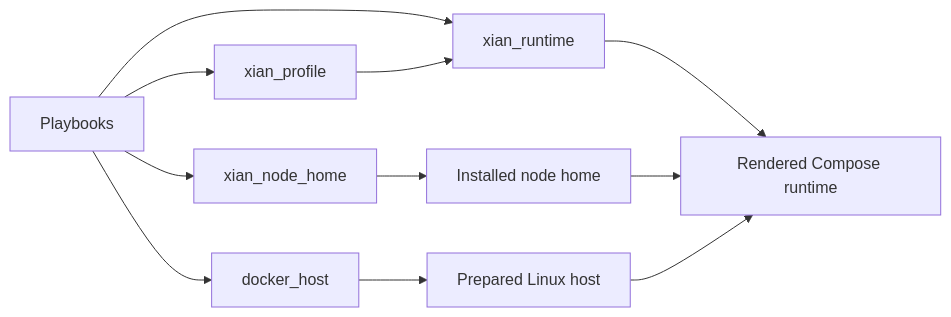
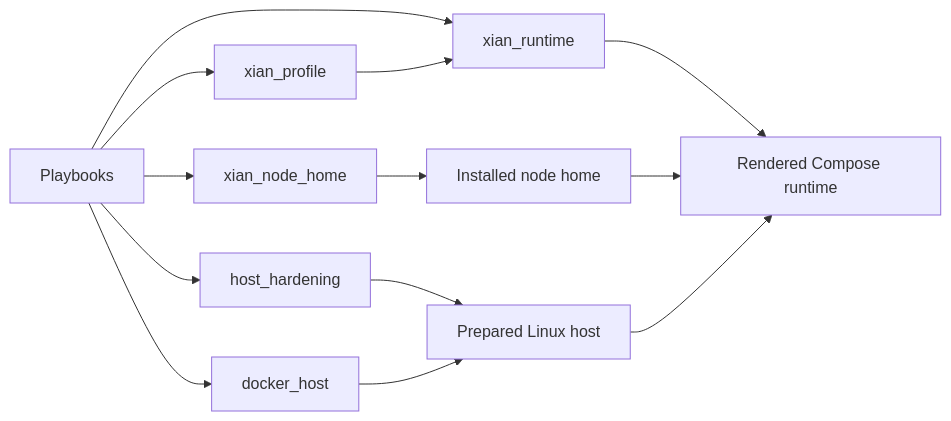
The diagram in roles/README.md (xian-technology/xian-deploy), drawn with Mermaid before and after one commit. The commit also changed other lines of this file and 14 other files, not shown here.

Commit message:
add host hardening role

````diff
--- a/roles/README.md
+++ b/roles/README.md
@@ -12,13 +13,15 @@
 ```mermaid
 flowchart LR
-  Playbooks["Playbooks"] --> DockerHost["docker_host"]
+  Playbooks["Playbooks"] --> Hardening["host_hardening"]
+  Playbooks --> DockerHost["docker_host"]
   Playbooks --> Profile["xian_profile"]
   Playbooks --> NodeHome["xian_node_home"]
   Playbooks --> Runtime["xian_runtime"]
+  Hardening --> Host["Prepared Linux host"]
   DockerHost --> Host["Prepared Linux host"]
   Profile --> Runtime
   NodeHome --> Home["Installed node home"]
   Runtime --> Compose["Rendered Compose runtime"]
   Home --> Compose
   Host --> Compose
 ```
````
